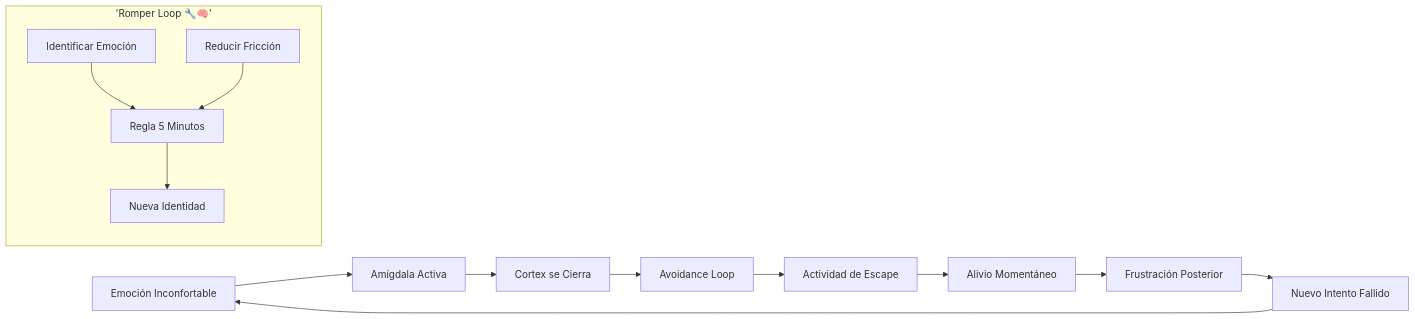
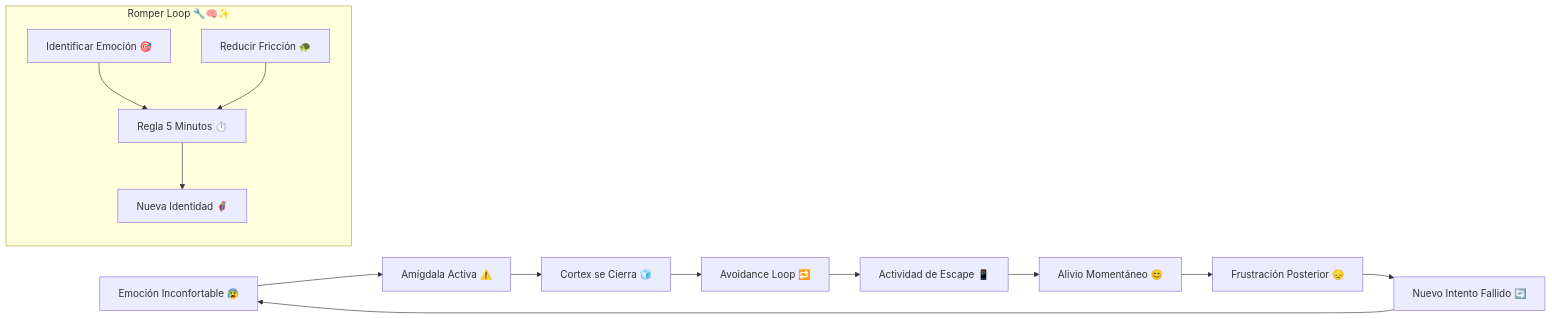
One commit to jeroroldan/jeronimo-blog changed the first of 3 diagrams in src/content/blog/neurociencia-procrastinacion-alvaro-hernandez.md. Above: the diagram before and after it, drawn with Mermaid. The commit also changed other lines of this file and 1 other file, not shown here.

````diff
--- a/src/content/blog/neurociencia-procrastinacion-alvaro-hernandez.md
+++ b/src/content/blog/neurociencia-procrastinacion-alvaro-hernandez.md
@@ -28,22 +32,22 @@
 ```mermaid
 flowchart LR
-    A[Emoción Inconfortable] --> B[Amígdala Activa]
-    B --> C[Cortex se Cierra]
-    C --> D[Avoidance Loop]
-    D --> E[Actividad de Escape]
-    E --> F[Alivio Momentáneo]
-    F --> G[Frustración Posterior]
-    G --> H[Nuevo Intento Fallido]
+    A[Emoción Inconfortable 😰] --> B[Amígdala Activa ⚠️]
+    B --> C[Cortex se Cierra 🧊]
+    C --> D[Avoidance Loop 🔁]
+    D --> E[Actividad de Escape 📱]
+    E --> F[Alivio Momentáneo 😊]
+    F --> G[Frustración Posterior 😞]
+    G --> H[Nuevo Intento Fallido 🔄]
     H --> A
 
-    subgraph ROMPER_LOOP['Romper Loop 🔧🧠']
-        A1[Identificar Emoción]
-        A2[Reducir Fricción]
-        A3[Regla 5 Minutos]
-        A4[Nueva Identidad]
+    subgraph ROMPER_LOOP["Romper Loop 🔧🧠✨"]
+        A1[Identificar Emoción 🎯]
+        A2[Reducir Fricción 🐢]
+        A3[Regla 5 Minutos ⏱️]
+        A4[Nueva Identidad 🦸]
     end
 
     A1 --> A3
     A2 --> A3
     A3 --> A4
 ```
````
